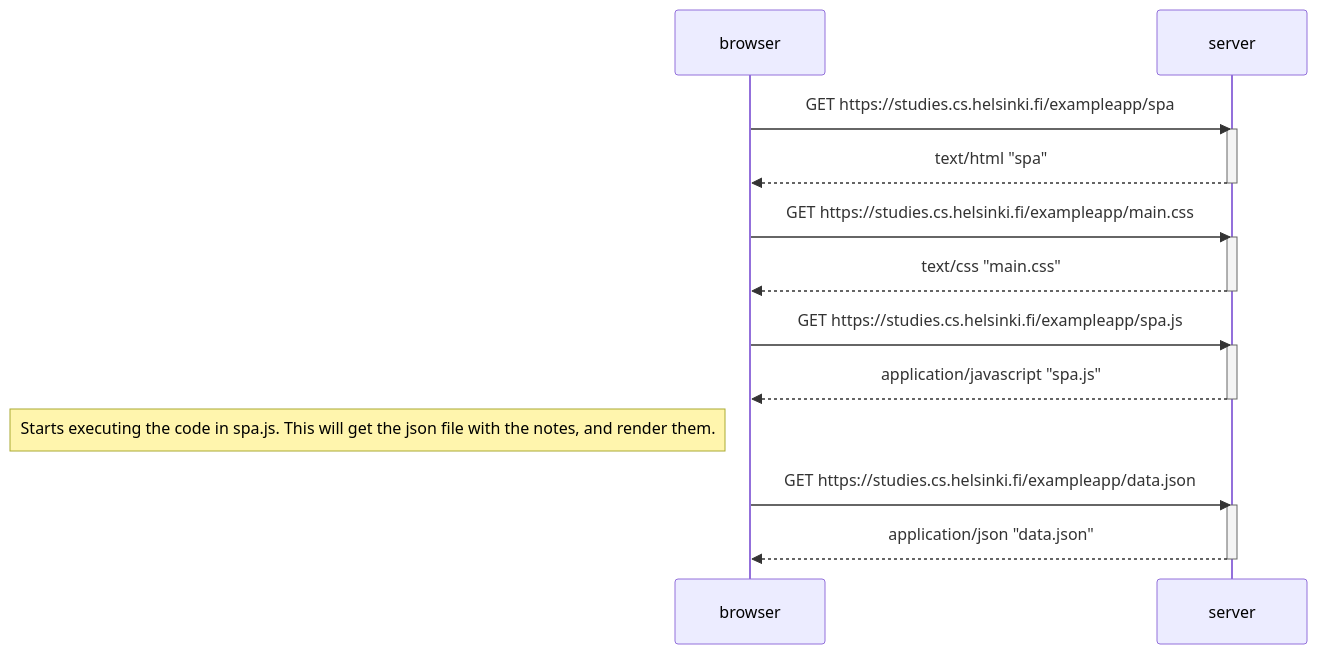
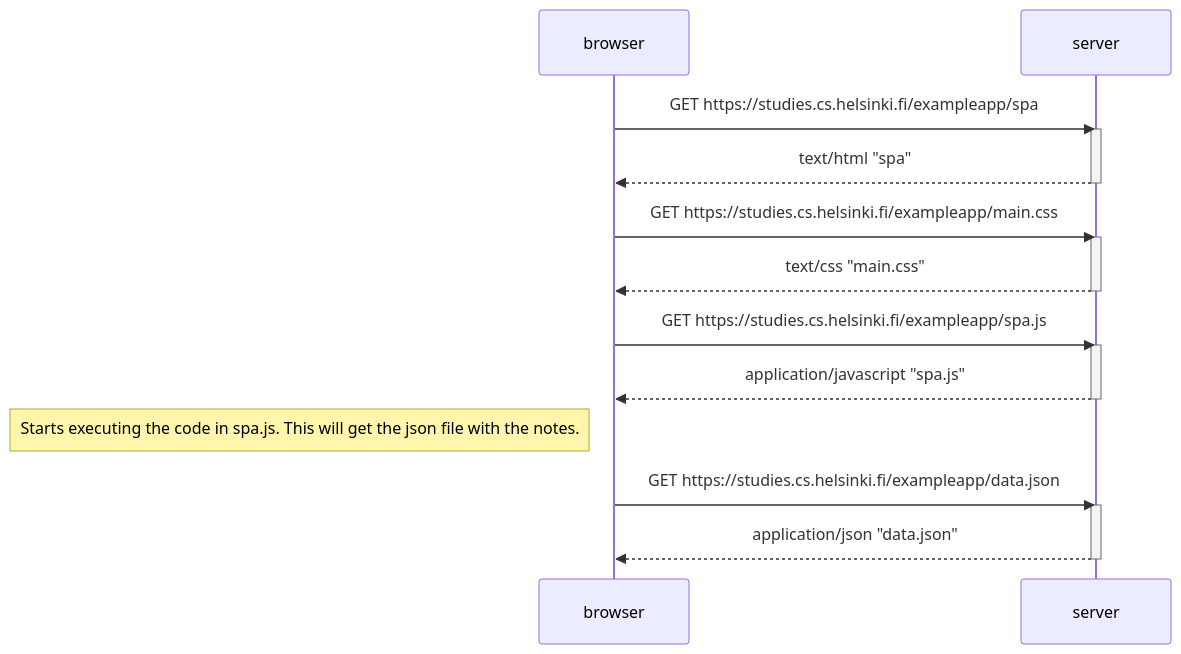
The diagram in Part0/Ex0.5.md (ignaciofrancesco/fullstack-open), drawn with Mermaid before and after one commit.

Commit message:
Addition to ex 0.5

````diff
--- a/Part0/Ex0.5.md
+++ b/Part0/Ex0.5.md
@@ -1,26 +1,26 @@
 ```mermaid
     sequenceDiagram
         participant browser
         participant server
 
         browser->>server: GET https://studies.cs.helsinki.fi/exampleapp/spa
         activate server
         server-->>browser: text/html "spa"
         deactivate server
 
         browser->>server: GET https://studies.cs.helsinki.fi/exampleapp/main.css
         activate server
         server-->>browser: text/css "main.css"
         deactivate server
 
         browser->>server: GET https://studies.cs.helsinki.fi/exampleapp/spa.js
         activate server
         server-->>browser: application/javascript "spa.js"
         deactivate server
-        Note left of browser: Starts executing the code in spa.js. This will get the json file with the notes, and render them.
+        Note left of browser: Starts executing the code in spa.js. This will get the json file with the notes.
 
         browser->>server: GET https://studies.cs.helsinki.fi/exampleapp/data.json
         activate server
         server-->>browser: application/json "data.json"
         deactivate server
 ```
````
